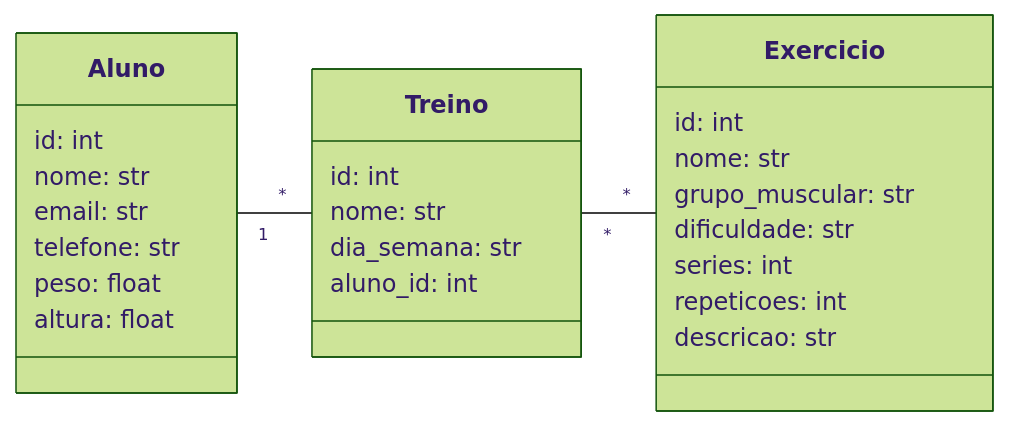
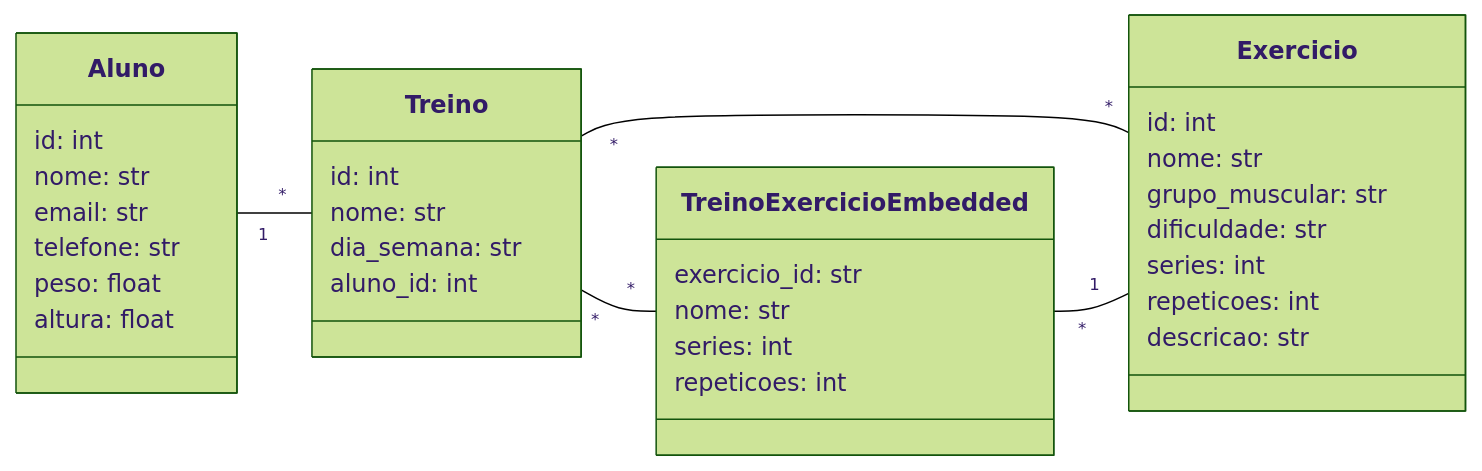
One commit to Yaghost/FitGoal changed the diagram in README.md. Above: the diagram before and after it, drawn with Mermaid (forest theme).

````diff
--- a/README.md
+++ b/README.md
@@ -21,30 +21,39 @@
 ```mermaid
 classDiagram
     direction LR
     class Aluno {
         id: int
         nome: str
         email: str
         telefone: str
         peso: float
         altura: float
     }
     class Treino {
         id: int
         nome: str
         dia_semana: str
         aluno_id: int
     }
     class Exercicio {
         id: int
         nome: str
         grupo_muscular: str
         dificuldade: str
         series: int
         repeticoes: int
         descricao: str
     }
 
+    class TreinoExercicioEmbedded {
+        exercicio_id: str
+        nome: str
+        series: int
+        repeticoes: int
+    }
+
     Aluno "1" -- "*" Treino
     Treino "*" -- "*" Exercicio
+    Treino "*" -- "*" TreinoExercicioEmbedded
+    TreinoExercicioEmbedded "*" -- "1" Exercicio
 ```
````
